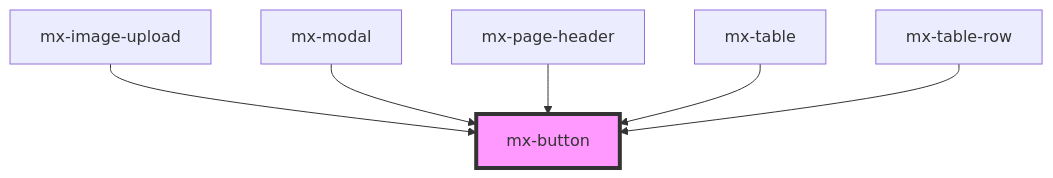
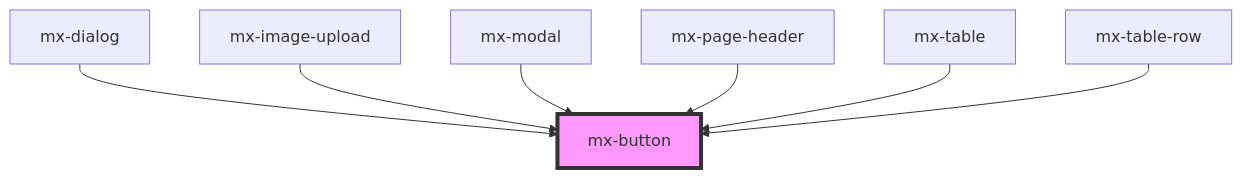
The diagram in src/components/mx-button/readme.md (kevinleedrum/mds), drawn with Mermaid before and after one commit. The commit also changed other lines of this file and 473 other files, not shown here.

````diff
--- a/src/components/mx-button/readme.md
+++ b/src/components/mx-button/readme.md
@@ -34,9 +35,10 @@
 ```mermaid
 graph TD;
+  mx-dialog --> mx-button
   mx-image-upload --> mx-button
   mx-modal --> mx-button
   mx-page-header --> mx-button
   mx-table --> mx-button
   mx-table-row --> mx-button
   style mx-button fill:#f9f,stroke:#333,stroke-width:4px
 ```
````
